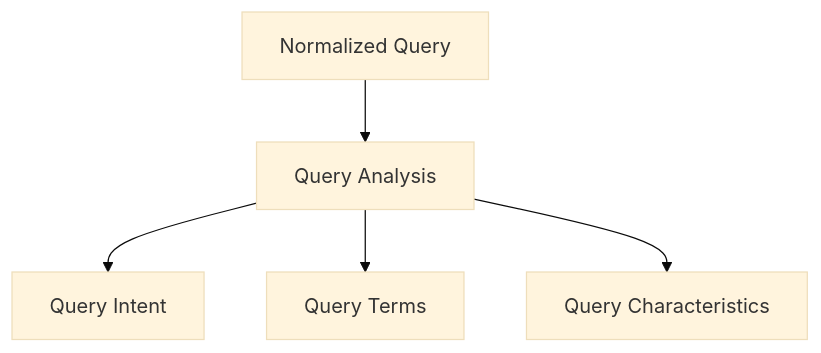
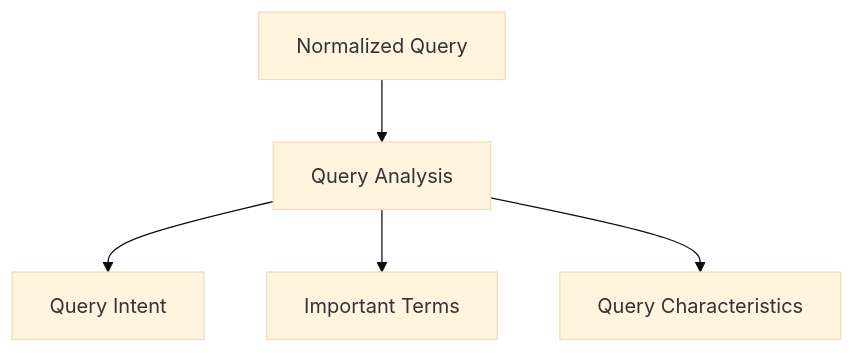
Before and after one commit to garimakumari44/ai_research_assistant: the seventh of 35 diagrams in docs/explore.md, drawn with Mermaid (base theme). The commit also changed other lines of this file and 2 other files, not shown here.

````diff
--- a/docs/explore.md
+++ b/docs/explore.md
@@ -251,19 +216,13 @@
 ```mermaid
 flowchart TD
-
-    Q[Normalized Query]
-
-    A[Query Analysis]
-
-    I[Query Intent]
-
-    T[Query Terms]
-
-    C[Query Characteristics]
+    Q["Normalized Query"]
+    A["Query Analysis"]
+    I["Query Intent"]
+    T["Important Terms"]
+    C["Query Characteristics"]
 
     Q --> A
-
     A --> I
     A --> T
     A --> C
 ```
````
